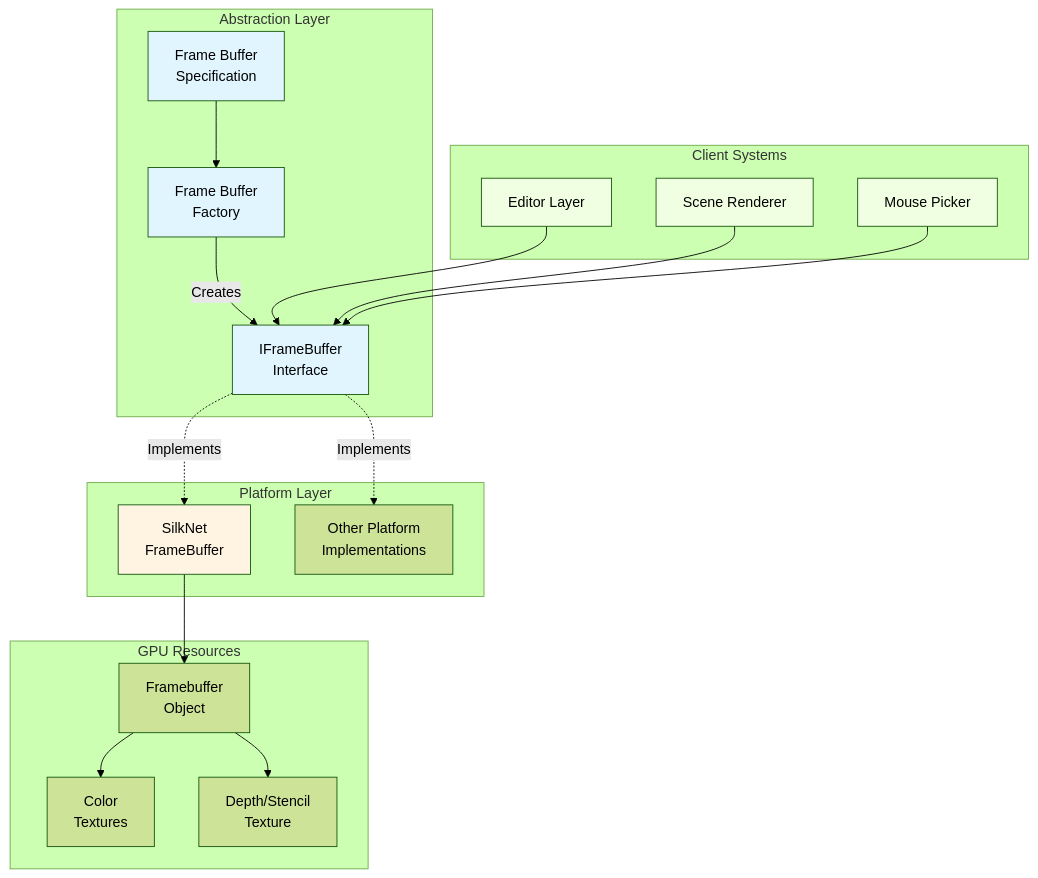
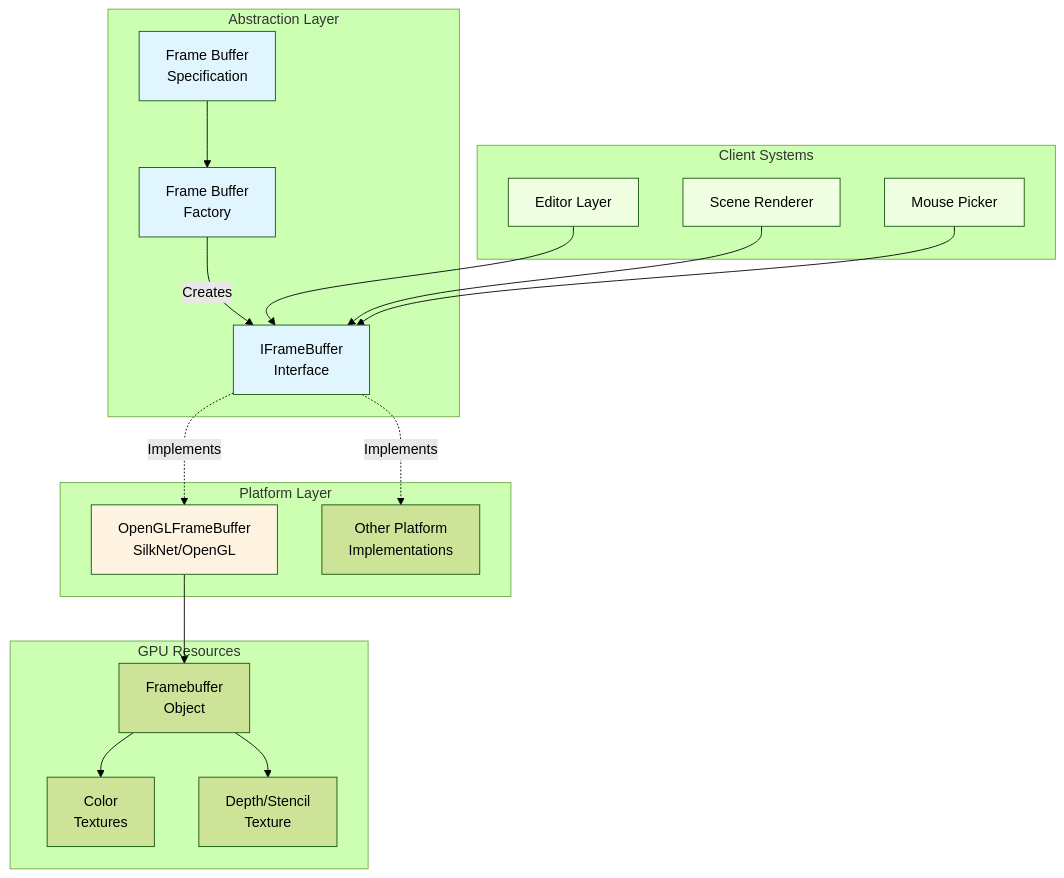
Before and after one commit to kateusz/GameEngine: the second of 3 diagrams in docs/opengl/frame-buffers.md, drawn with Mermaid (forest theme). The commit also changed other lines of this file and 25 other files, not shown here.

````diff
--- a/docs/opengl/frame-buffers.md
+++ b/docs/opengl/frame-buffers.md
@@ -111,46 +161,46 @@
 ```mermaid
 graph TB
     subgraph "Abstraction Layer"
         FBSpec[Frame Buffer<br/>Specification]
         IFB[IFrameBuffer<br/>Interface]
         FBFactory[Frame Buffer<br/>Factory]
     end
 
     subgraph "Platform Layer"
-        SilkNetFB[SilkNet<br/>FrameBuffer]
+        OpenGLFB[OpenGLFrameBuffer<br/>SilkNet/OpenGL]
         OtherFB[Other Platform<br/>Implementations]
     end
 
     subgraph "GPU Resources"
         FBO[Framebuffer<br/>Object]
         ColorTex[Color<br/>Textures]
         DepthTex[Depth/Stencil<br/>Texture]
     end
 
     subgraph "Client Systems"
         Editor[Editor Layer]
         Renderer[Scene Renderer]
         Picker[Mouse Picker]
     end
 
     FBSpec-->FBFactory
     FBFactory-->|Creates|IFB
-    IFB-.Implements.->SilkNetFB
+    IFB-.Implements.->OpenGLFB
     IFB-.Implements.->OtherFB
 
-    SilkNetFB-->FBO
+    OpenGLFB-->FBO
     FBO-->ColorTex
     FBO-->DepthTex
 
     Editor-->IFB
     Renderer-->IFB
     Picker-->IFB
 
     style FBSpec fill:#e1f5ff
     style IFB fill:#e1f5ff
     style FBFactory fill:#e1f5ff
-    style SilkNetFB fill:#fff4e1
+    style OpenGLFB fill:#fff4e1
     style Editor fill:#f0ffe1
     style Renderer fill:#f0ffe1
     style Picker fill:#f0ffe1
 ```
````
